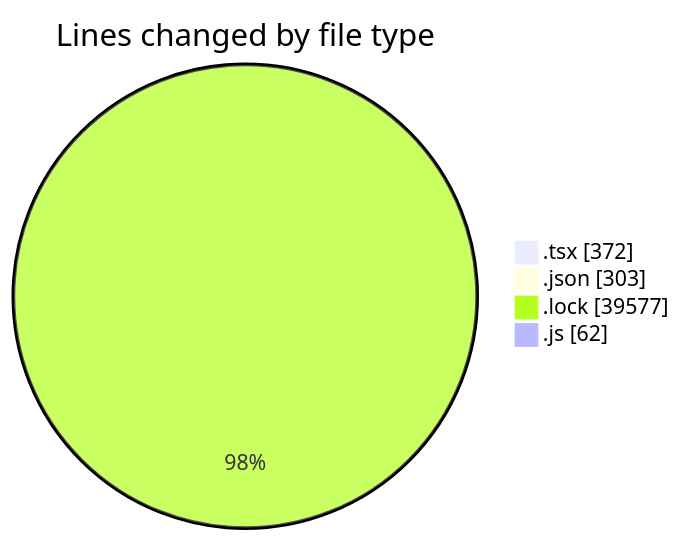
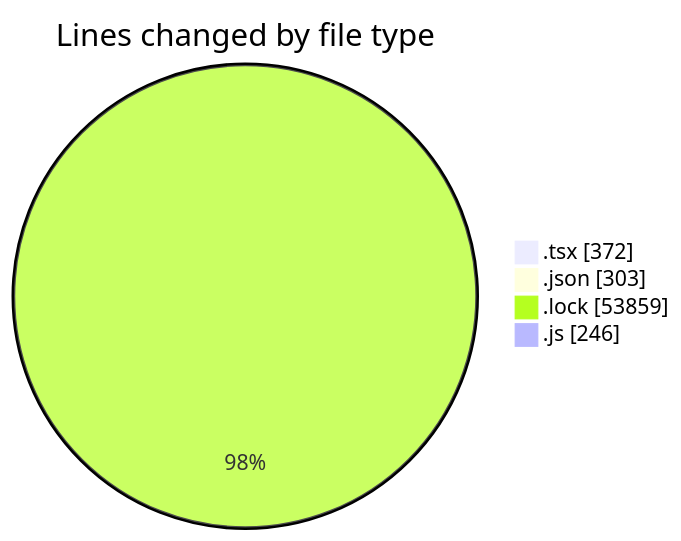
Before and after one commit to momahboobian/code-tracking: the first of 2 diagrams in 2025-03-10/cda/README.md, drawn with Mermaid. The commit also changed other lines of this file and 1 other file, not shown here.

````diff
--- a/2025-03-10/cda/README.md
+++ b/2025-03-10/cda/README.md
@@ -29,8 +31,8 @@
 ```mermaid
 pie showData
 title Lines changed by file type
 ".tsx" : 372
 ".json" : 303
-".lock" : 39577
-".js" : 62
+".lock" : 53859
+".js" : 246
 ```
````
